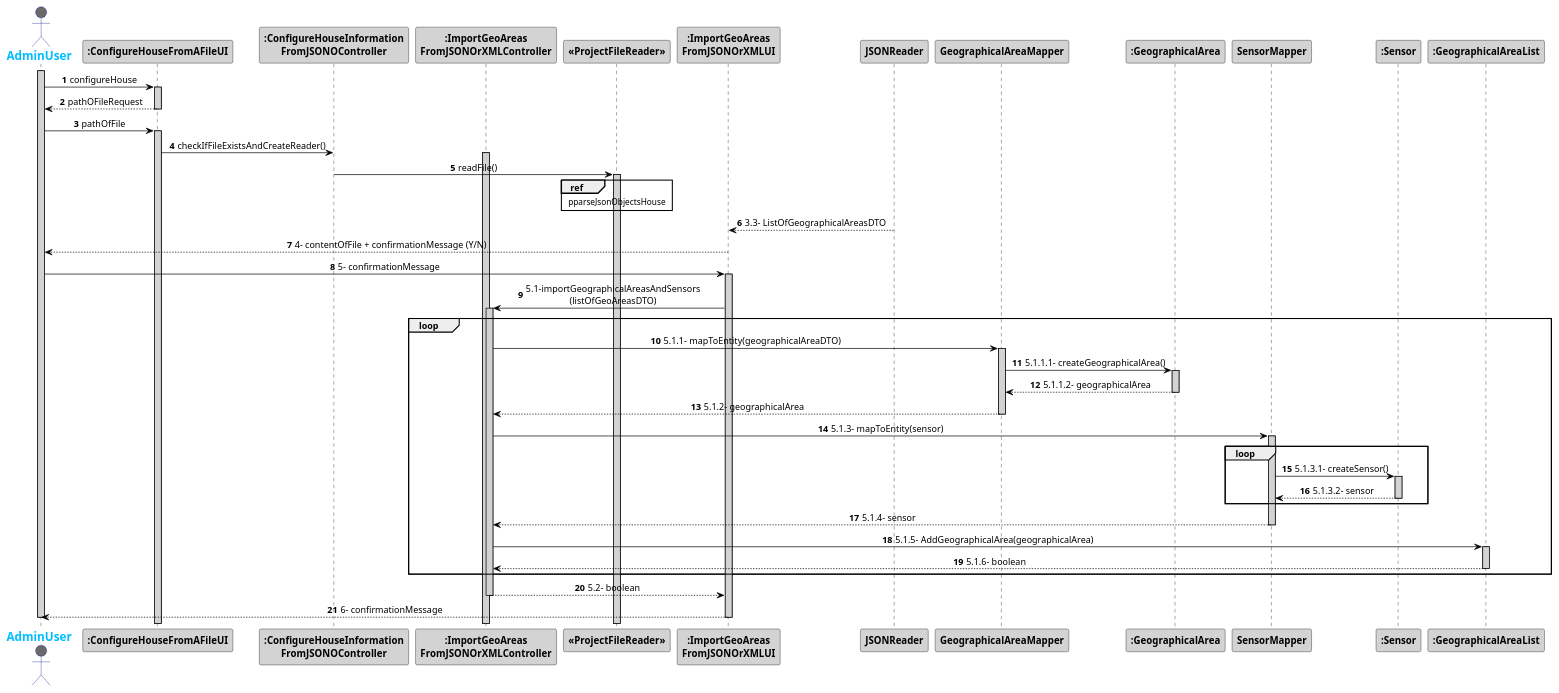
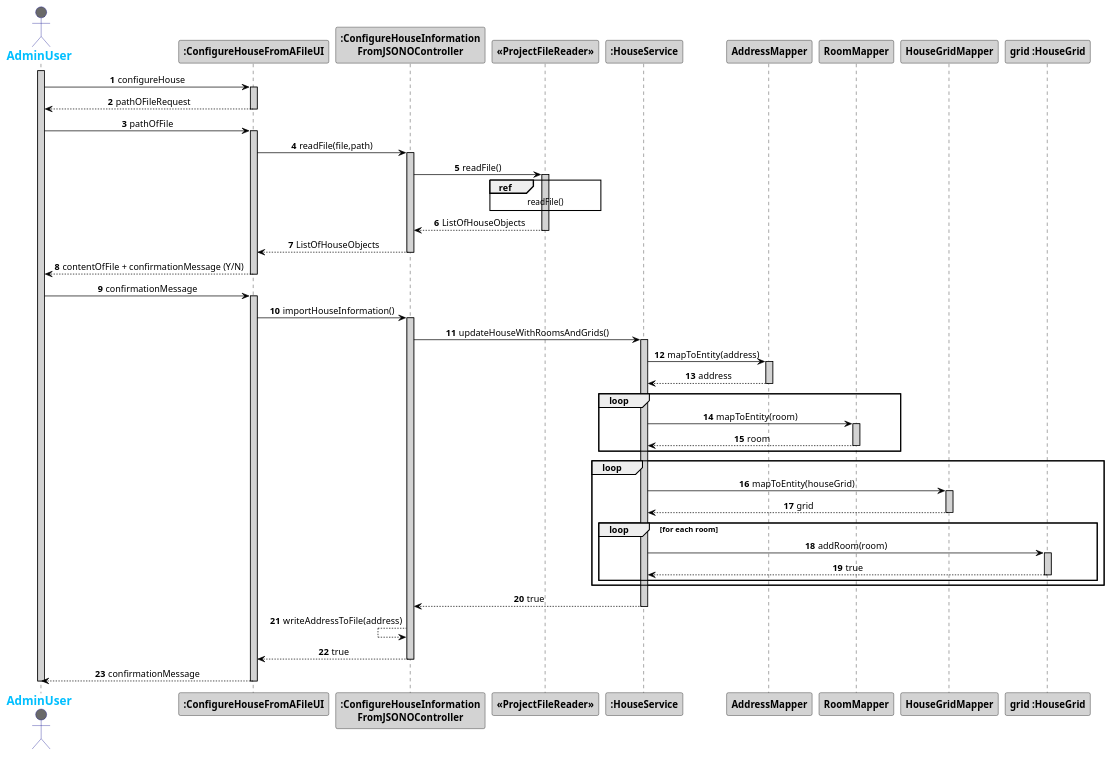
The diagram in src/main/java/pt/ipp/isep/dei/project/controllers/configurehouseinformationfromjsoncontroller/SD_ConfigureFromJSON.puml (1181687/hateoasToy), drawn with PlantUML before and after one commit.

Commit message:
Class and Sequence Diagrams

```diff
--- a/src/main/java/pt/ipp/isep/dei/project/controllers/configurehouseinformationfromjsoncontroller/SD_ConfigureFromJSON.puml
+++ b/src/main/java/pt/ipp/isep/dei/project/controllers/configurehouseinformationfromjsoncontroller/SD_ConfigureFromJSON.puml
@@ -1,76 +1,83 @@
 @startuml
 skinparam sequenceMessageAlign center
 skinparam sequence {
 	ArrowColor Black
 	ActorBorderColor DarkBlue
 	LifeLineBorderColor black
 	LifeLineBackgroundColor LightGrey
 
 	ParticipantBorderColor Black
 	ParticipantBackgroundColor LightGrey
 	ParticipantFontStyle Bold
 
 	ActorBackgroundColor DimGrey
 	ActorFontColor DeepSkyBlue
 	ActorFontStyle Bold
 	ActorFontSize 17
 	ActorFontName Aapex
 }
 autonumber
 actor AdminUser
 activate AdminUser
 actor AdminUser
 
 AdminUser -> ":ConfigureHouseFromAFileUI": configureHouse
 activate ":ConfigureHouseFromAFileUI"
 AdminUser <-- ":ConfigureHouseFromAFileUI": pathOFileRequest
 deactivate ":ConfigureHouseFromAFileUI"
 AdminUser -> ":ConfigureHouseFromAFileUI": pathOfFile
 activate ":ConfigureHouseFromAFileUI"
-":ConfigureHouseFromAFileUI" -> ":ConfigureHouseInformation\nFromJSONOController" :  checkIfFileExistsAndCreateReader()
-activate ":ImportGeoAreas\nFromJSONOrXMLController"
+":ConfigureHouseFromAFileUI" -> ":ConfigureHouseInformation\nFromJSONOController" :  readFile(file,path)
+activate ":ConfigureHouseInformation\nFromJSONOController"
 ":ConfigureHouseInformation\nFromJSONOController" -> "<<ProjectFileReader>>": readFile()
 activate "<<ProjectFileReader>>"
 ref over "<<ProjectFileReader>>"
-pparseJsonObjectsHouse
+readFile()
 end
 
-":ImportGeoAreas\nFromJSONOrXMLUI" <-- "JSONReader" : 3.3- ListOfGeographicalAreasDTO
-deactivate "JSONReader"
-AdminUser <-- ":ImportGeoAreas\nFromJSONOrXMLUI": 4- contentOfFile + confirmationMessage (Y/N)
-deactivate ":ImportGeoAreas\nFromJSONOrXMLUI"
-AdminUser -> ":ImportGeoAreas\nFromJSONOrXMLUI": 5- confirmationMessage
-activate ":ImportGeoAreas\nFromJSONOrXMLUI"
-":ImportGeoAreas\nFromJSONOrXMLUI" -> ":ImportGeoAreas\nFromJSONOrXMLController": 5.1-importGeographicalAreasAndSensors\n(listOfGeoAreasDTO)
-activate ":ImportGeoAreas\nFromJSONOrXMLController"
+":ConfigureHouseInformation\nFromJSONOController" <--  "<<ProjectFileReader>>": ListOfHouseObjects
+deactivate "<<ProjectFileReader>>"
+":ConfigureHouseFromAFileUI" <-- ":ConfigureHouseInformation\nFromJSONOController": ListOfHouseObjects
+deactivate ":ConfigureHouseInformation\nFromJSONOController"
+AdminUser <-- ":ConfigureHouseFromAFileUI" : contentOfFile + confirmationMessage (Y/N)
+deactivate ":ConfigureHouseFromAFileUI"
+AdminUser -> ":ConfigureHouseFromAFileUI": confirmationMessage
+activate ":ConfigureHouseFromAFileUI"
+":ConfigureHouseFromAFileUI" -> ":ConfigureHouseInformation\nFromJSONOController": importHouseInformation()
+activate ":ConfigureHouseInformation\nFromJSONOController"
+":ConfigureHouseInformation\nFromJSONOController" -> ":HouseService": updateHouseWithRoomsAndGrids()
+activate ":HouseService"
+":HouseService" -> "AddressMapper" : mapToEntity(address)
+activate "AddressMapper"
+":HouseService"<-- "AddressMapper" : address
+deactivate "AddressMapper"
 loop
-":ImportGeoAreas\nFromJSONOrXMLController" -> "GeographicalAreaMapper" : 5.1.1- mapToEntity(geographicalAreaDTO)
-activate "GeographicalAreaMapper"
-"GeographicalAreaMapper" -> ":GeographicalArea" : 5.1.1.1- createGeographicalArea()
-activate ":GeographicalArea"
-"GeographicalAreaMapper" <-- ":GeographicalArea" : 5.1.1.2- geographicalArea
-deactivate ":GeographicalArea"
-":ImportGeoAreas\nFromJSONOrXMLController" <-- "GeographicalAreaMapper" : 5.1.2- geographicalArea
-deactivate "GeographicalAreaMapper"
-":ImportGeoAreas\nFromJSONOrXMLController" -> "SensorMapper" : 5.1.3- mapToEntity(sensor)
-loop
-activate "SensorMapper"
-"SensorMapper" -> ":Sensor" : 5.1.3.1- createSensor()
-activate ":Sensor"
-"SensorMapper" <-- ":Sensor" : 5.1.3.2- sensor
-deactivate ":Sensor"
-end
-":ImportGeoAreas\nFromJSONOrXMLController" <-- "SensorMapper" : 5.1.4- sensor
- deactivate "SensorMapper"
-":ImportGeoAreas\nFromJSONOrXMLController"  -> ":GeographicalAreaList" : 5.1.5- AddGeographicalArea(geographicalArea)
-activate ":GeographicalAreaList"
-":ImportGeoAreas\nFromJSONOrXMLController" <-- ":GeographicalAreaList" : 5.1.6- boolean
-deactivate ":GeographicalAreaList"
-end
-":ImportGeoAreas\nFromJSONOrXMLUI" <-- ":ImportGeoAreas\nFromJSONOrXMLController": 5.2- boolean
-deactivate ":ImportGeoAreas\nFromJSONOrXMLController"
-AdminUser <-- ":ImportGeoAreas\nFromJSONOrXMLUI": 6- confirmationMessage
-deactivate ":ImportGeoAreas\nFromJSONOrXMLUI"
+":HouseService" -> "RoomMapper" :  mapToEntity(room)
+activate "RoomMapper"
+":HouseService" <-- "RoomMapper" : room
+ deactivate "RoomMapper"
+ end
+ loop
+":HouseService" -> "HouseGridMapper" :  mapToEntity(houseGrid)
+ activate "HouseGridMapper"
+ ":HouseService" <-- "HouseGridMapper" : grid
+  deactivate "HouseGridMapper"
+  loop for each room
+  ":HouseService" -> "grid :HouseGrid" :  addRoom(room)
+  activate "grid :HouseGrid"
+  ":HouseService" <-- "grid :HouseGrid" : true
+  deactivate "grid :HouseGrid"
+  end
+  end
+ ":ConfigureHouseInformation\nFromJSONOController" <-- ":HouseService": true
+ deactivate ":HouseService"
+ ":ConfigureHouseInformation\nFromJSONOController" <-- ":ConfigureHouseInformation\nFromJSONOController" : writeAddressToFile(address)
+":ConfigureHouseFromAFileUI" <-- ":ConfigureHouseInformation\nFromJSONOController": true
+ deactivate ":ConfigureHouseInformation\nFromJSONOController"
+AdminUser <-- ":ConfigureHouseFromAFileUI": confirmationMessage
+deactivate ":ConfigureHouseFromAFileUI"
 deactivate AdminUser
 
+
+
 @enduml
```
